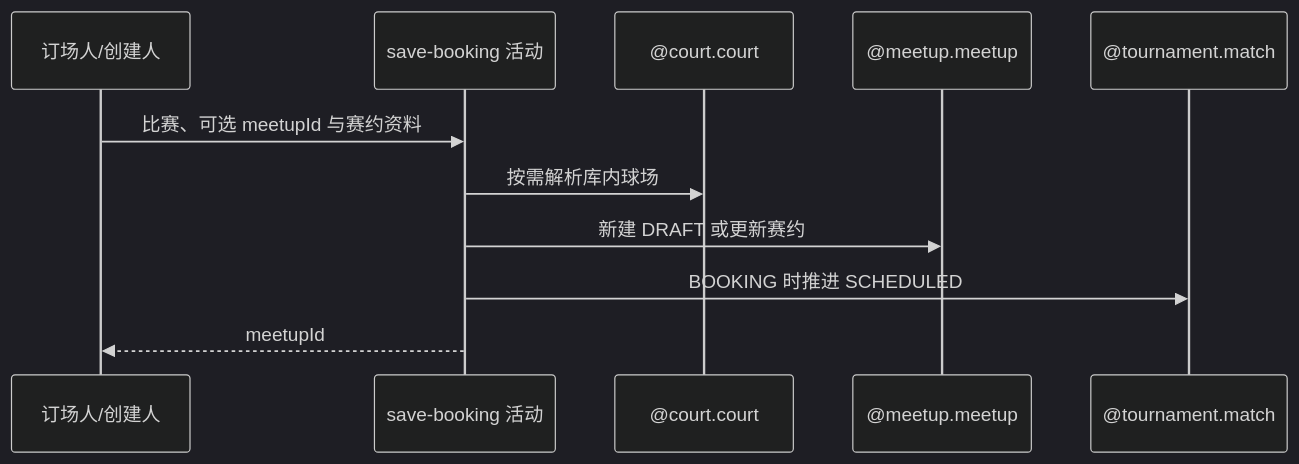
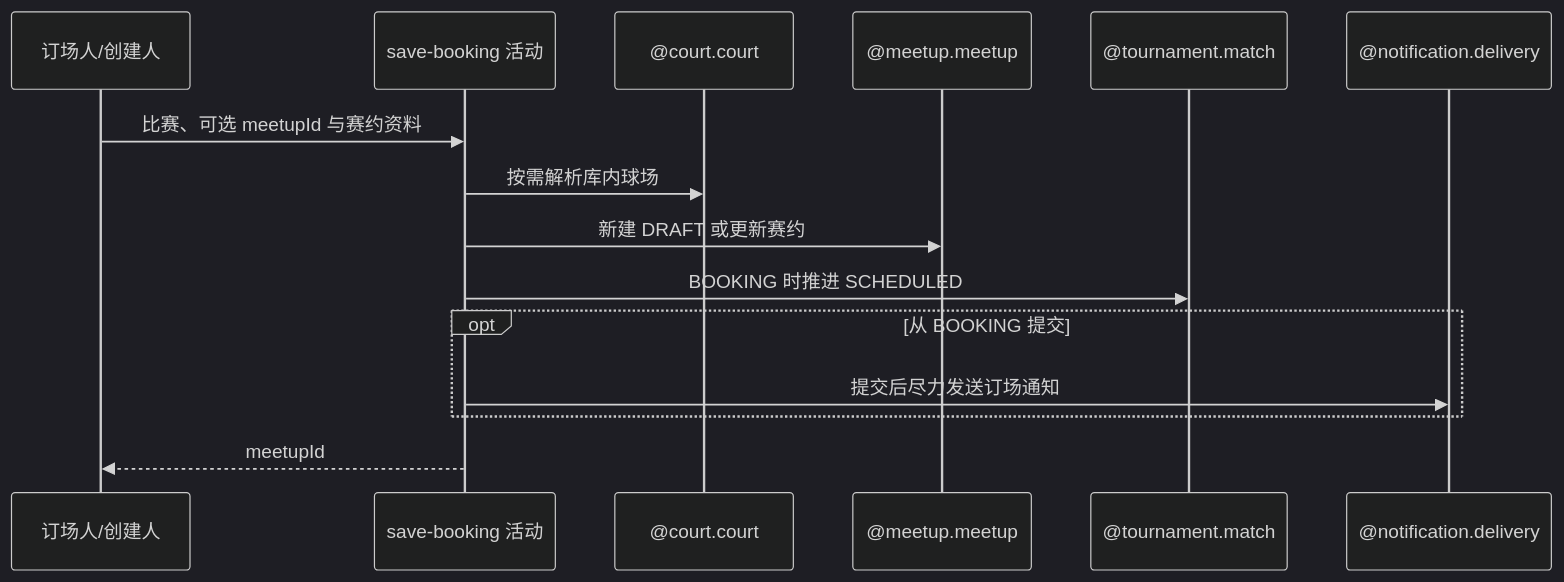
One commit to chxt100016/Rally changed the diagram in blueprint/spec/tournament/booking-submit/save-booking/activity.md. Above: the diagram before and after it, drawn with Mermaid (dark theme). The commit also changed other lines of this file and 871 other files, not shown here.

````diff
--- a/blueprint/spec/tournament/booking-submit/save-booking/activity.md
+++ b/blueprint/spec/tournament/booking-submit/save-booking/activity.md
@@ -13,13 +13,17 @@
 ```mermaid
 sequenceDiagram
     participant U as 订场人/创建人
     participant A as save-booking 活动
     participant C as @court.court
     participant P as @meetup.meetup
     participant M as @tournament.match
+    participant N as @notification.delivery
     U->>A: 比赛、可选 meetupId 与赛约资料
     A->>C: 按需解析库内球场
     A->>P: 新建 DRAFT 或更新赛约
     A->>M: BOOKING 时推进 SCHEDULED
+    opt 从 BOOKING 提交
+        A->>N: 提交后尽力发送订场通知
+    end
     A-->>U: meetupId
 ```
````
